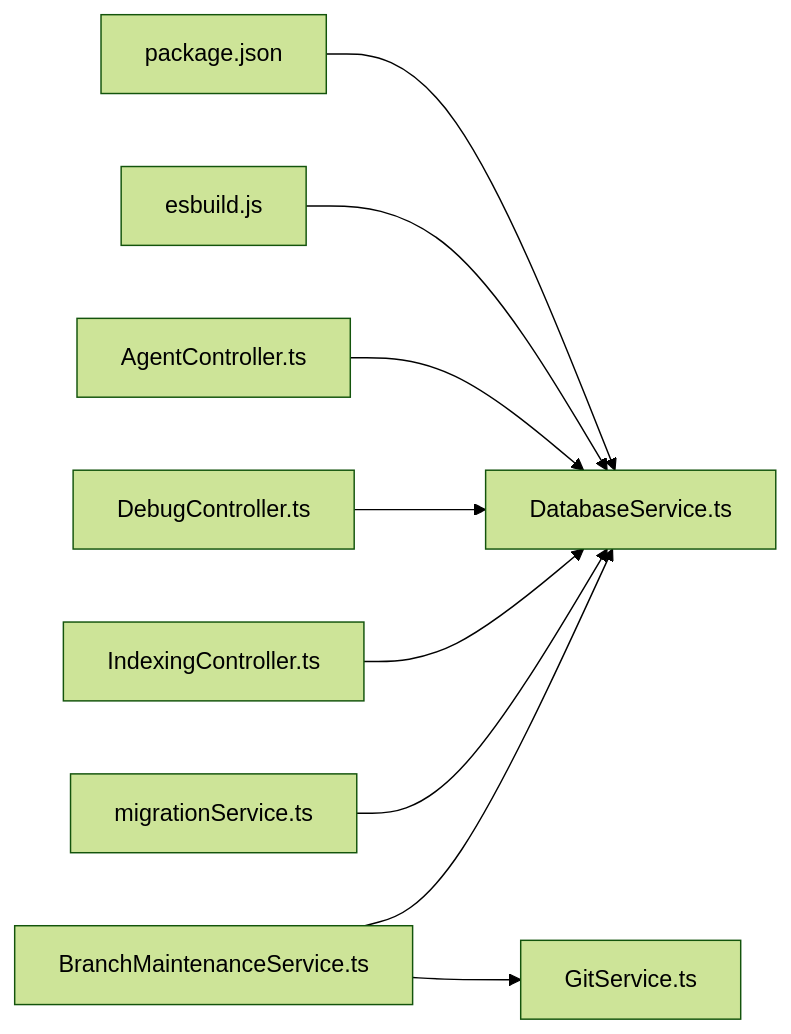
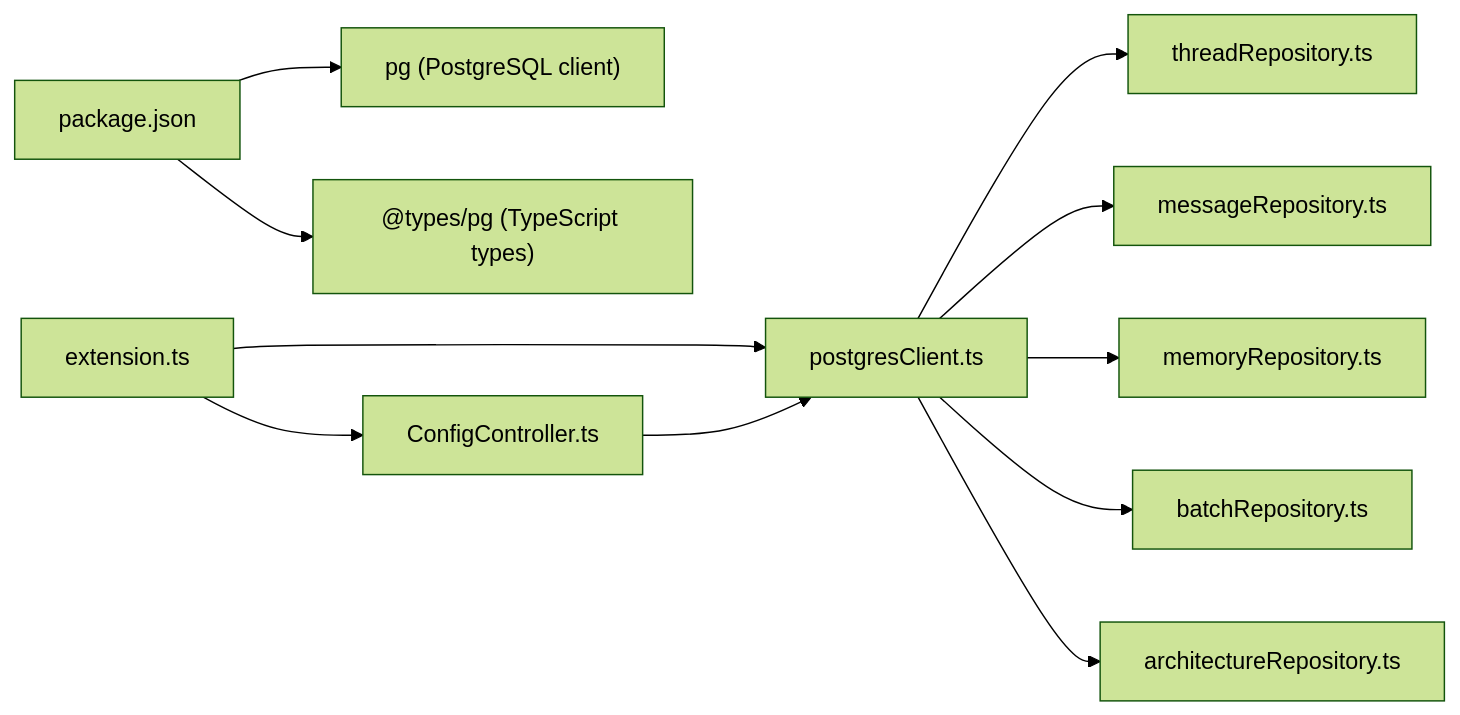
The third of 3 diagrams in .qoder/repowiki/en/content/Storage System/Database Service.md (bramburn/repomix-runner), drawn with Mermaid (forest theme) before and after one commit. The commit also changed other lines of this file and 40 other files, not shown here.

First line of the commit message:
feat(storage): migrate chat persistence to PostgreSQL

````diff
--- a/.qoder/repowiki/en/content/Storage System/Database Service.md
+++ b/.qoder/repowiki/en/content/Storage System/Database Service.md
@@ -385,20 +329,24 @@
 ```mermaid
 graph LR
 PKG["package.json"]
-ES["esbuild.js"]
-DB["DatabaseService.ts"]
-AC["AgentController.ts"]
-DC["DebugController.ts"]
-IC["IndexingController.ts"]
-MS["migrationService.ts"]
-BMS["BranchMaintenanceService.ts"]
-GS["GitService.ts"]
-PKG --> DB
-ES --> DB
-AC --> DB
-DC --> DB
-IC --> DB
-MS --> DB
-BMS --> DB
-BMS --> GS
+PG["pg (PostgreSQL client)"]
+TYPES["@types/pg (TypeScript types)"]
+EXT["extension.ts"]
+PGC["postgresClient.ts"]
+TR["threadRepository.ts"]
+MR["messageRepository.ts"]
+MEMR["memoryRepository.ts"]
+BR["batchRepository.ts"]
+AR["architectureRepository.ts"]
+CC["ConfigController.ts"]
+PKG --> PG
+PKG --> TYPES
+EXT --> PGC
+EXT --> CC
+PGC --> TR
+PGC --> MR
+PGC --> MEMR
+PGC --> BR
+PGC --> AR
+CC --> PGC
 ```
````
